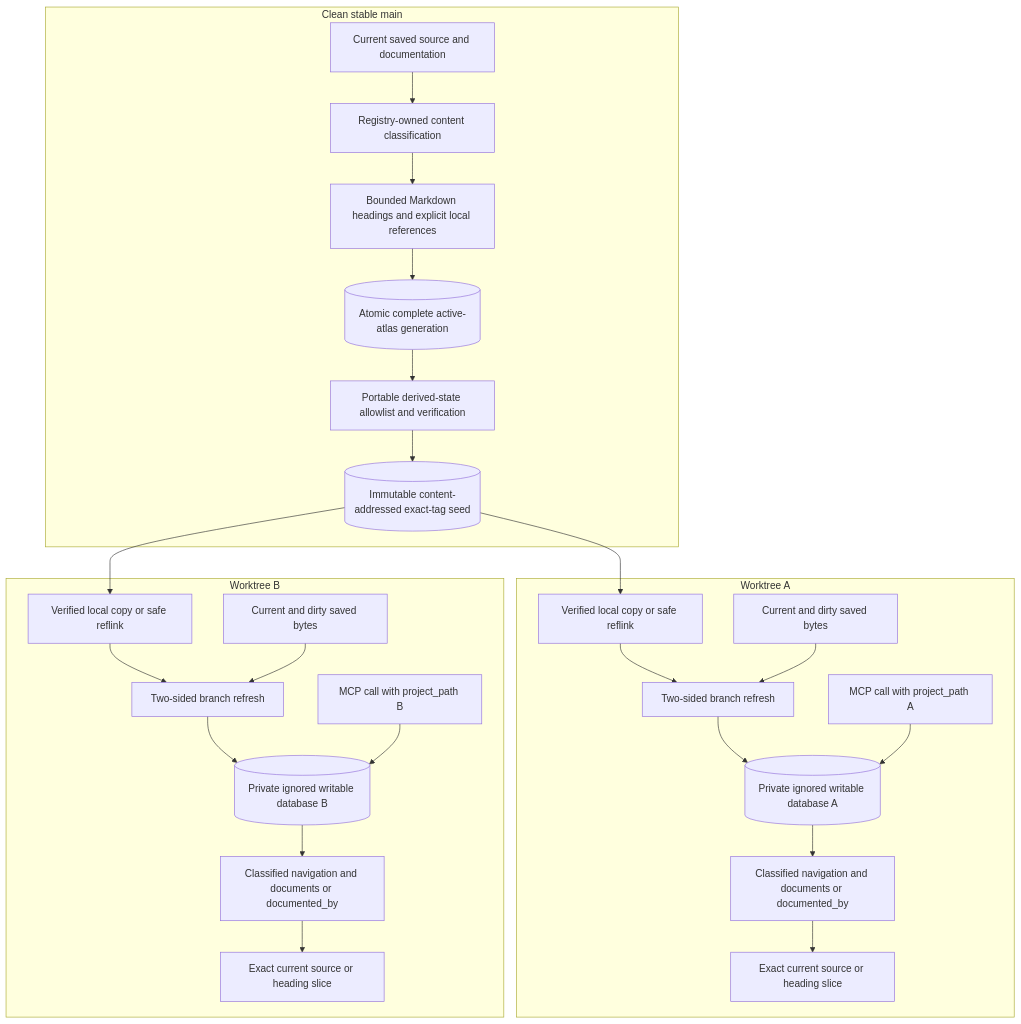
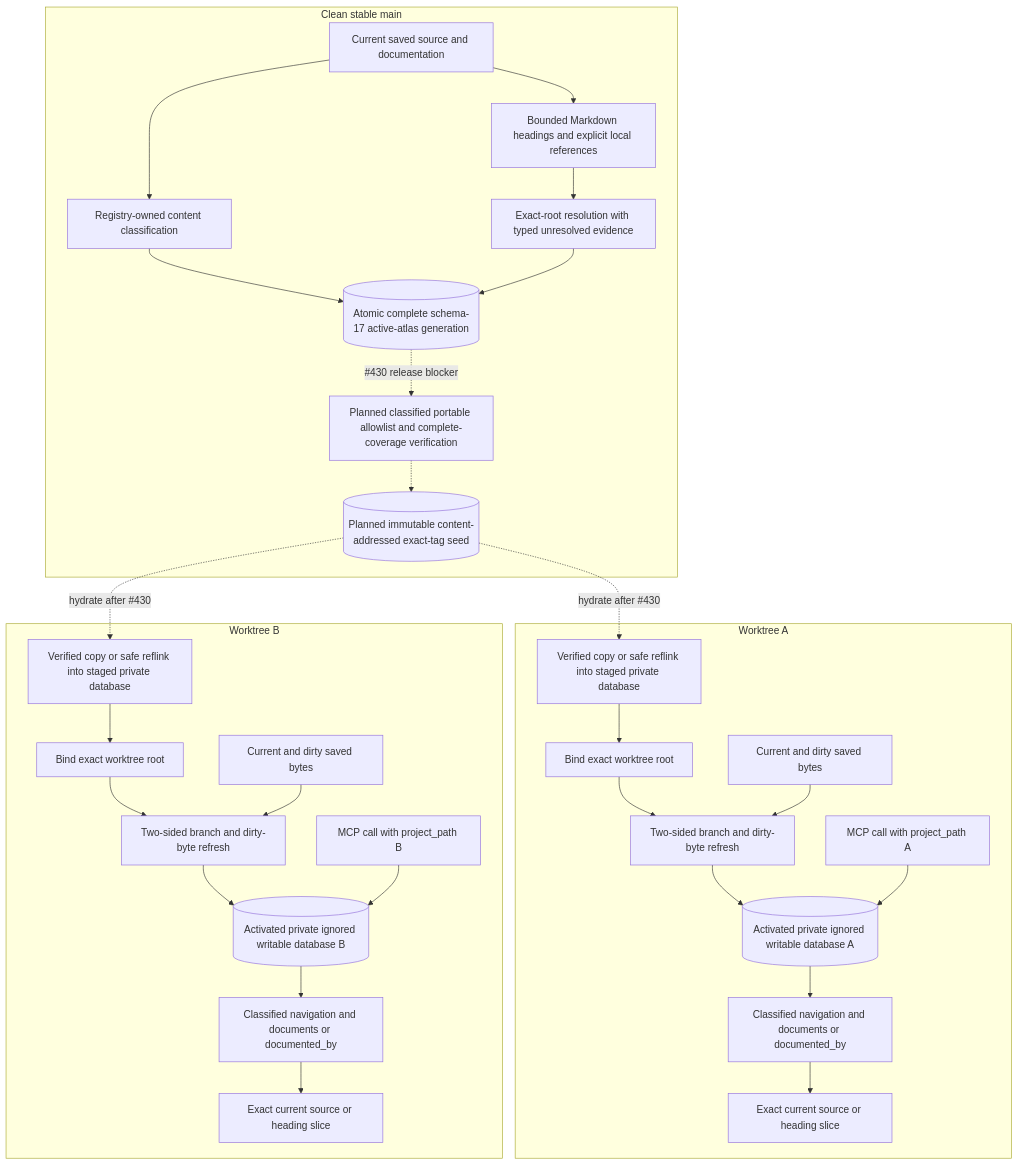
One commit to styler-ai/ProjectAtlas changed diagram 26 of 31 in docs/projectatlas-3-architecture.md. Above: the diagram before and after it, drawn with Mermaid. The commit also changed other lines of this file and 39 other files, not shown here.

Commit message:
feat(navigation): add classified document graph (#440)

````diff
--- a/docs/projectatlas-3-architecture.md
+++ b/docs/projectatlas-3-architecture.md
@@ -1795,31 +1795,35 @@
 ```mermaid
 flowchart TB
     subgraph Stable[Clean stable main]
         Saved[Current saved source and documentation] --> Classify[Registry-owned content classification]
-        Classify --> Parse[Bounded Markdown headings and explicit local references]
-        Parse --> Publish[(Atomic complete active-atlas generation)]
-        Publish --> Seal[Portable derived-state allowlist and verification]
-        Seal --> Seed[(Immutable content-addressed exact-tag seed)]
+        Saved --> Parse[Bounded Markdown headings and explicit local references]
+        Parse --> Resolve[Exact-root resolution with typed unresolved evidence]
+        Classify --> Publish[(Atomic complete schema-17 active-atlas generation)]
+        Resolve --> Publish
+        Publish -. "#430 release blocker" .-> Seal[Planned classified portable allowlist and complete-coverage verification]
+        Seal -.-> Seed[(Planned immutable content-addressed exact-tag seed)]
     end
 
     subgraph WorktreeA[Worktree A]
-        CopyA[Verified local copy or safe reflink] --> RefreshA[Two-sided branch refresh]
+        CopyA[Verified copy or safe reflink into staged private database] --> RebindA[Bind exact worktree root]
+        RebindA --> RefreshA[Two-sided branch and dirty-byte refresh]
         SavedA[Current and dirty saved bytes] --> RefreshA
-        RefreshA --> DbA[(Private ignored writable database A)]
+        RefreshA --> DbA[(Activated private ignored writable database A)]
         CallA[MCP call with project_path A] --> DbA
         DbA --> NavigateA[Classified navigation and documents or documented_by]
         NavigateA --> SliceA[Exact current source or heading slice]
     end
 
     subgraph WorktreeB[Worktree B]
-        CopyB[Verified local copy or safe reflink] --> RefreshB[Two-sided branch refresh]
+        CopyB[Verified copy or safe reflink into staged private database] --> RebindB[Bind exact worktree root]
+        RebindB --> RefreshB[Two-sided branch and dirty-byte refresh]
         SavedB[Current and dirty saved bytes] --> RefreshB
-        RefreshB --> DbB[(Private ignored writable database B)]
+        RefreshB --> DbB[(Activated private ignored writable database B)]
         CallB[MCP call with project_path B] --> DbB
         DbB --> NavigateB[Classified navigation and documents or documented_by]
         NavigateB --> SliceB[Exact current source or heading slice]
     end
 
-    Seed --> CopyA
-    Seed --> CopyB
+    Seed -. "hydrate after #430" .-> CopyA
+    Seed -. "hydrate after #430" .-> CopyB
 ```
````
